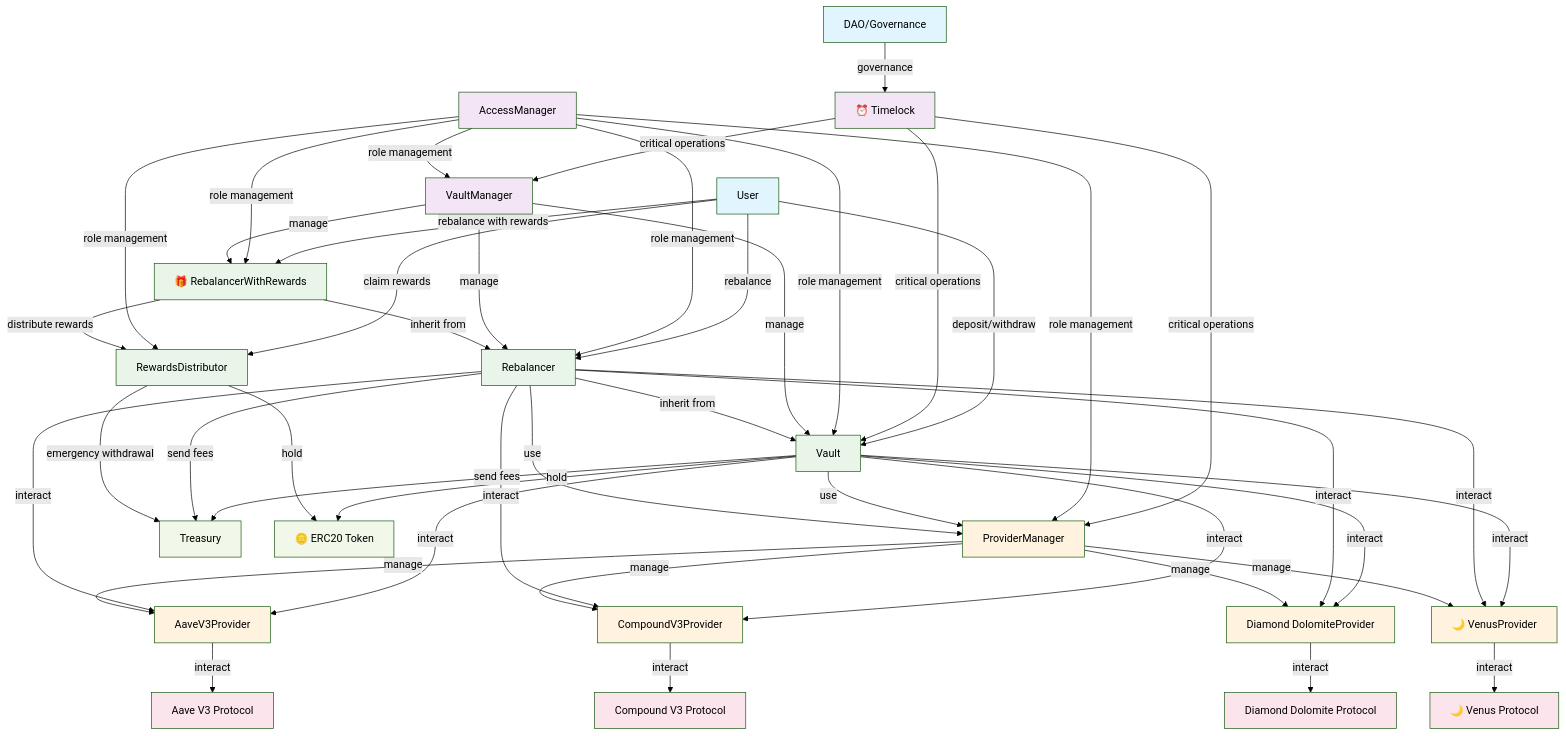
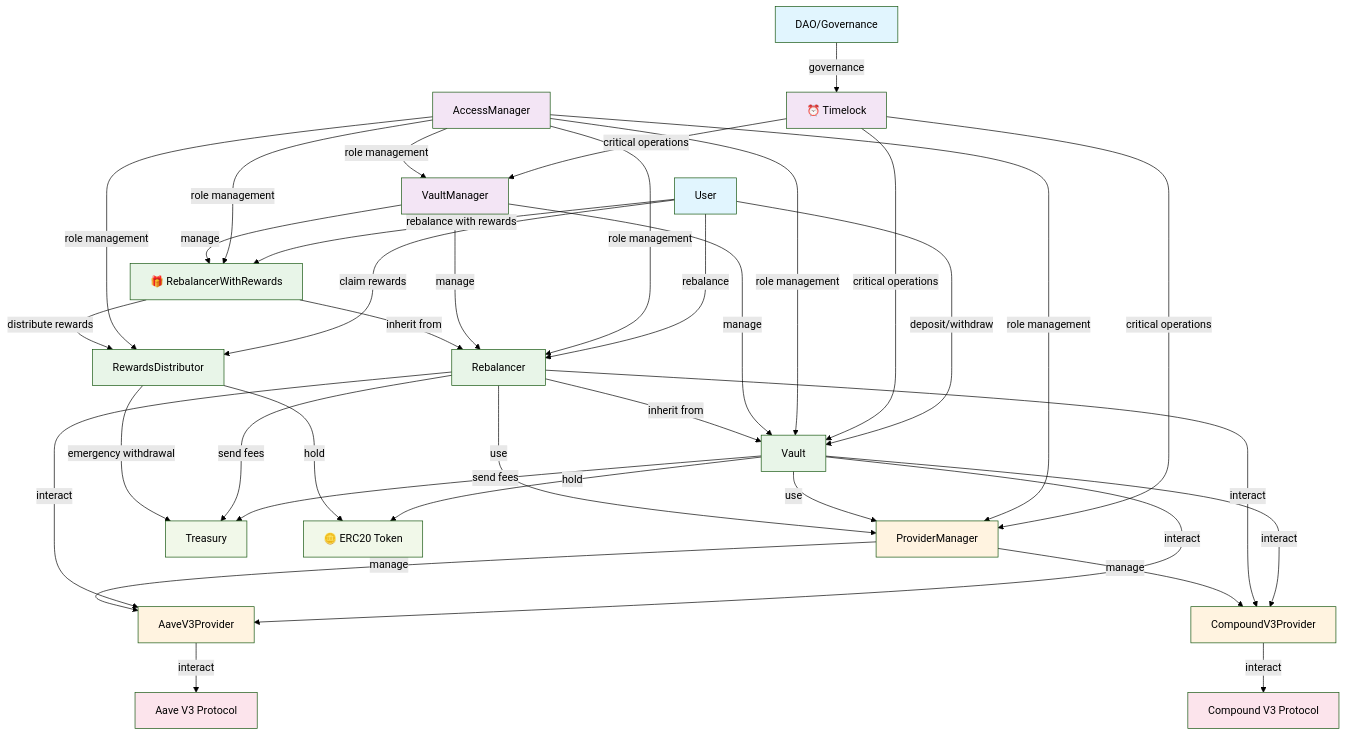
The first of 7 diagrams in docs/shemes/contract-interaction-diagram.md (Thesauros/contracts), drawn with Mermaid (forest theme) before and after one commit. The commit also changed other lines of this file and 18 other files, not shown here.

````diff
--- a/docs/shemes/contract-interaction-diagram.md
+++ b/docs/shemes/contract-interaction-diagram.md
@@ -31,14 +31,10 @@
     %% Provider Contracts
     AaveV3Provider[  AaveV3Provider]
     CompoundV3Provider[   CompoundV3Provider]
-    DolomiteProvider[Diamond DolomiteProvider]
-    VenusProvider[🌙 VenusProvider]
     
     %% External Protocols
     AaveV3[  Aave V3 Protocol]
     CompoundV3[   Compound V3 Protocol]
-    Dolomite[Diamond Dolomite Protocol]
-    Venus[🌙 Venus Protocol]
     
     %% Treasury and Tokens
     Treasury[   Treasury]
@@ -73,8 +69,6 @@
     Vault -->|use| ProviderManager
     Vault -->|interact| AaveV3Provider
     Vault -->|interact| CompoundV3Provider
-    Vault -->|interact| DolomiteProvider
-    Vault -->|interact| VenusProvider
     Vault -->|send fees| Treasury
     Vault -->|hold| ERC20Token
     
@@ -83,8 +77,6 @@
     Rebalancer -->|use| ProviderManager
     Rebalancer -->|interact| AaveV3Provider
     Rebalancer -->|interact| CompoundV3Provider
-    Rebalancer -->|interact| DolomiteProvider
-    Rebalancer -->|interact| VenusProvider
     Rebalancer -->|send fees| Treasury
     
     %% RebalancerWithRewards Interactions
@@ -94,14 +86,10 @@
     %% Provider Manager
     ProviderManager -->|manage| AaveV3Provider
     ProviderManager -->|manage| CompoundV3Provider
-    ProviderManager -->|manage| DolomiteProvider
-    ProviderManager -->|manage| VenusProvider
     
     %% Provider to Protocol Interactions
     AaveV3Provider -->|interact| AaveV3
     CompoundV3Provider -->|interact| CompoundV3
-    DolomiteProvider -->|interact| Dolomite
-    VenusProvider -->|interact| Venus
     
     %% Rewards System
     RewardsDistributor -->|hold| ERC20Token
@@ -118,7 +106,7 @@
     class User,DAO userLayer
     class VaultManager,Timelock,AccessManager coreLayer
     class Vault,Rebalancer,RebalancerWithRewards,RewardsDistributor vaultLayer
-    class ProviderManager,AaveV3Provider,CompoundV3Provider,DolomiteProvider,VenusProvider providerLayer
-    class AaveV3,CompoundV3,Dolomite,Venus externalLayer
+    class ProviderManager,AaveV3Provider,CompoundV3Provider providerLayer
+    class AaveV3,CompoundV3 externalLayer
     class Treasury,ERC20Token treasuryLayer
 ```
````
